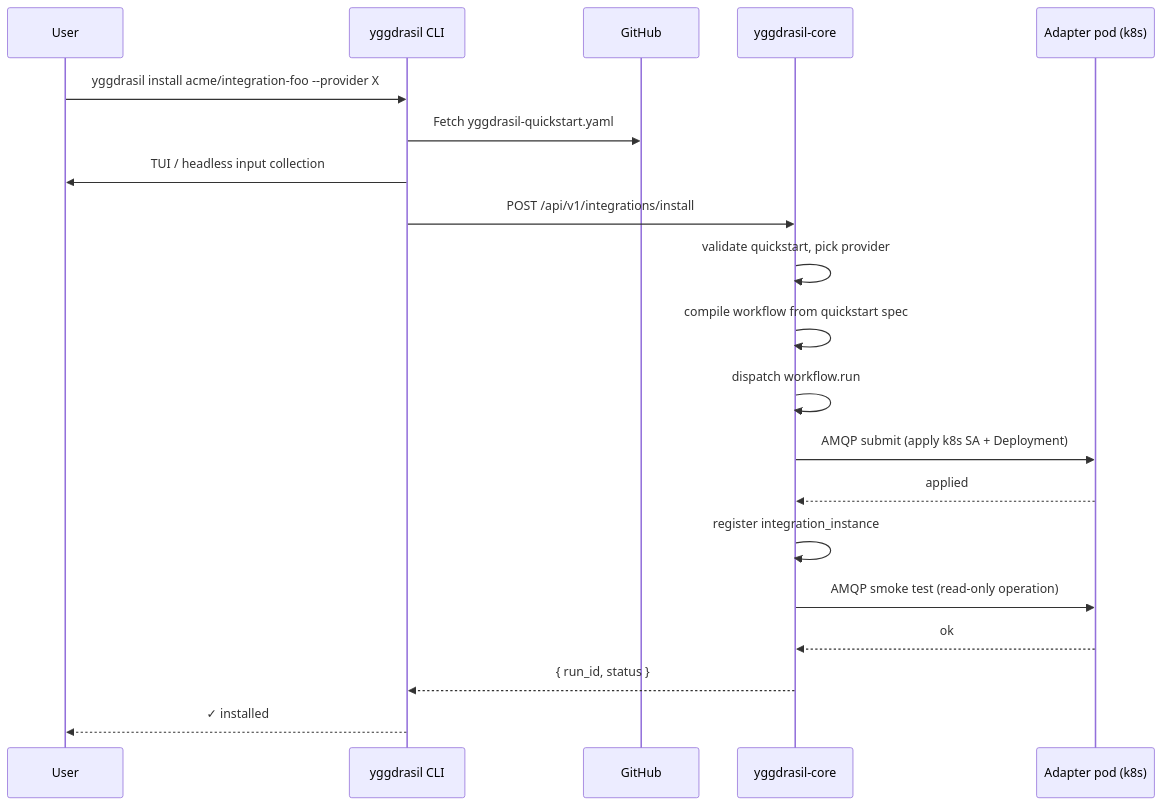
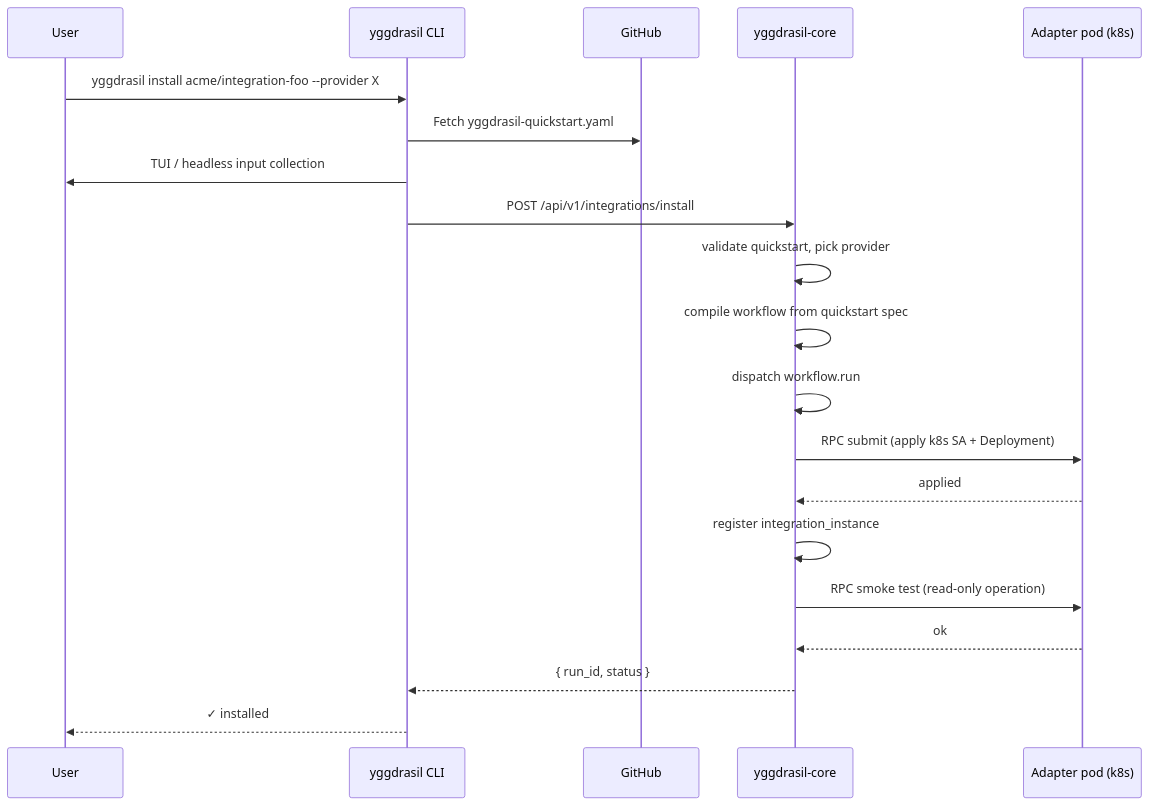
One commit to dakasa-yggdrasil/yggdrasil-core changed the second of 2 diagrams in docs/features/integrations.md. Above: the diagram before and after it, drawn with Mermaid. The commit also changed other lines of this file and 21 other files, not shown here.

First line of the commit message:
📚 Make transports fully RPC-generic; RabbitMQ opt-in in chart + compose

````diff
--- a/docs/features/integrations.md
+++ b/docs/features/integrations.md
@@ -59,23 +59,23 @@
 ```mermaid
 sequenceDiagram
     participant User
     participant CLI as yggdrasil CLI
     participant GH as GitHub
     participant Core as yggdrasil-core
     participant Adapter as Adapter pod (k8s)
 
     User->>CLI: yggdrasil install acme/integration-foo --provider X
     CLI->>GH: Fetch yggdrasil-quickstart.yaml
     CLI->>User: TUI / headless input collection
     CLI->>Core: POST /api/v1/integrations/install
     Core->>Core: validate quickstart, pick provider
     Core->>Core: compile workflow from quickstart spec
     Core->>Core: dispatch workflow.run
-    Core->>Adapter: AMQP submit (apply k8s SA + Deployment)
+    Core->>Adapter: RPC submit (apply k8s SA + Deployment)
     Adapter-->>Core: applied
     Core->>Core: register integration_instance
-    Core->>Adapter: AMQP smoke test (read-only operation)
+    Core->>Adapter: RPC smoke test (read-only operation)
     Adapter-->>Core: ok
     Core-->>CLI: { run_id, status }
     CLI-->>User: ✓ installed
 ```
````
